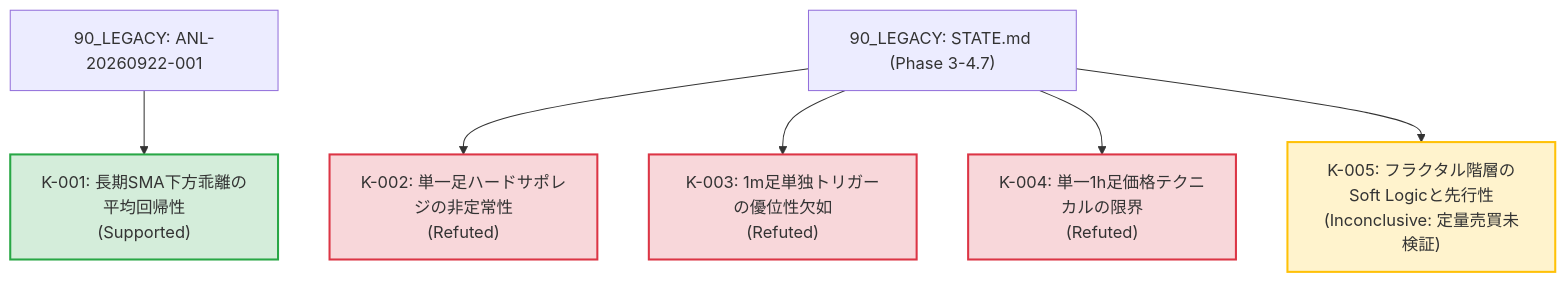
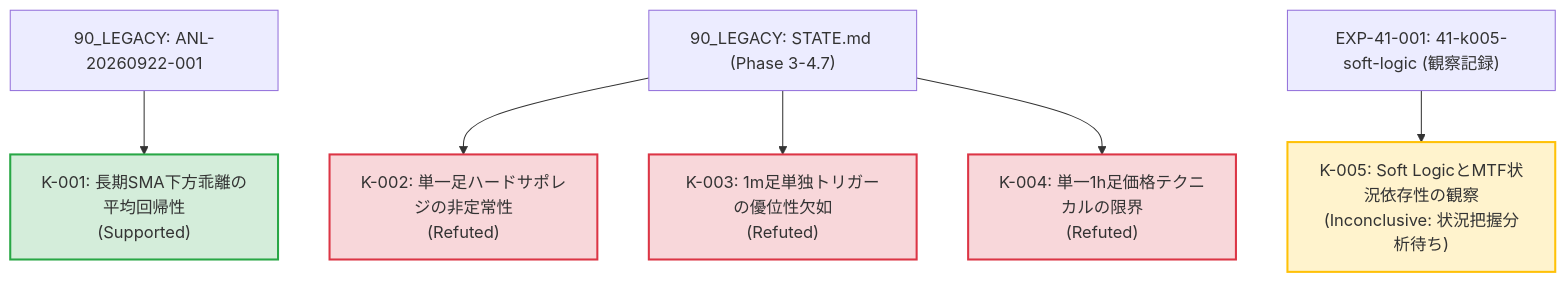
One commit to makagi/MTF_AI_Trade changed the diagram in 03_KNOWLEDGE/knowledge-lineage.md. Above: the diagram before and after it, drawn with Mermaid. The commit also changed other lines of this file and 5 other files, not shown here.

````diff
--- a/03_KNOWLEDGE/knowledge-lineage.md
+++ b/03_KNOWLEDGE/knowledge-lineage.md
@@ -28,18 +28,18 @@
 ```mermaid
 graph TD
     classDef supported fill:#d4edda,stroke:#28a745,stroke-width:2px;
     classDef refuted fill:#f8d7da,stroke:#dc3545,stroke-width:2px;
     classDef inconclusive fill:#fff3cd,stroke:#ffc107,stroke-width:2px;
 
     K001["K-001: 長期SMA下方乖離の平均回帰性<br/>(Supported)"]:::supported
     K002["K-002: 単一足ハードサポレジの非定常性<br/>(Refuted)"]:::refuted
     K003["K-003: 1m足単独トリガーの優位性欠如<br/>(Refuted)"]:::refuted
     K004["K-004: 単一1h足価格テクニカルの限界<br/>(Refuted)"]:::refuted
-    K005["K-005: フラクタル階層のSoft Logicと先行性<br/>(Inconclusive: 定量売買未検証)"]:::inconclusive
+    K005["K-005: Soft LogicとMTF状況依存性の観察<br/>(Inconclusive: 状況把握分析待ち)"]:::inconclusive
 
     LEG_ANL1["90_LEGACY: ANL-20260922-001"] --> K001
     LEG_STATE["90_LEGACY: STATE.md (Phase 3-4.7)"] --> K002
     LEG_STATE --> K003
     LEG_STATE --> K004
-    LEG_STATE --> K005
+    EXP041["EXP-41-001: 41-k005-soft-logic (観察記録)"] --> K005
 ```
````
